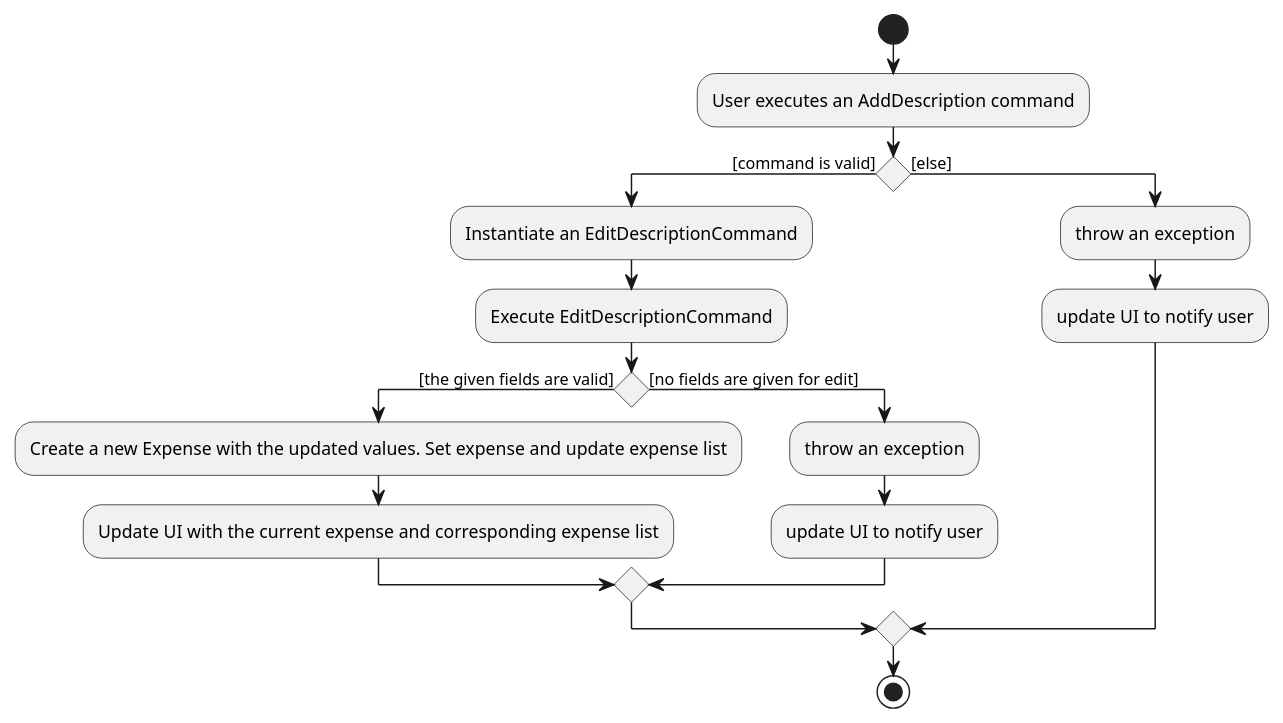
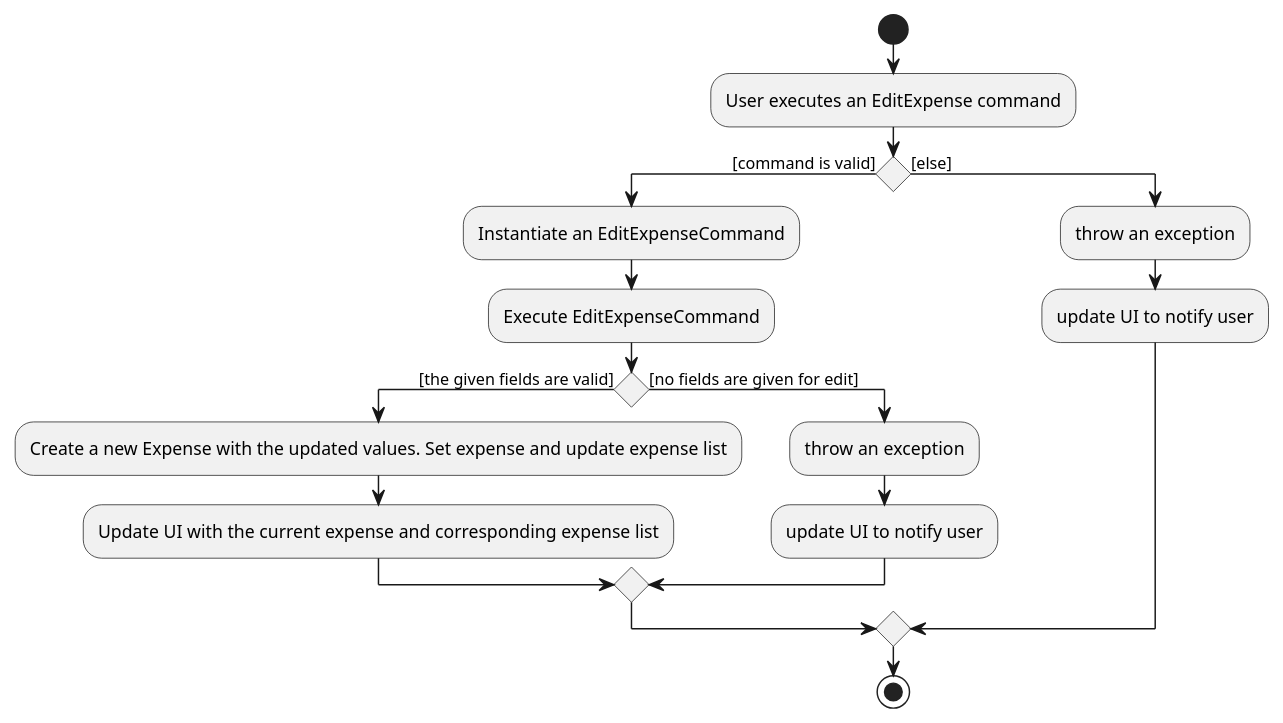
Before and after one commit to yyutong/tp: the diagram in docs/diagrams/EditExpenseActivityDiagram.puml, drawn with PlantUML. The commit also changed 6 other files, not shown here.

```diff
--- a/docs/diagrams/EditExpenseActivityDiagram.puml
+++ b/docs/diagrams/EditExpenseActivityDiagram.puml
@@ -1,23 +1,23 @@
 @startuml
 start
-:User executes an AddDescription command;
+:User executes an EditExpense command;
 
 'Since the beta syntax does not support placing the condition outside the
 'diamond we place it as the true branch instead.
 
 if () then ([command is valid])
-    :Instantiate an EditDescriptionCommand;
-    :Execute EditDescriptionCommand;
+    :Instantiate an EditExpenseCommand;
+    :Execute EditExpenseCommand;
     if () then ([the given fields are valid])
         :Create a new Expense with the updated values. Set expense and update expense list;
         :Update UI with the current expense and corresponding expense list;
     else ([no fields are given for edit])
         :throw an exception;
         :update UI to notify user;
     endif
 else ([else])
     :throw an exception;
     :update UI to notify user;
 endif
 stop
 @enduml
```
